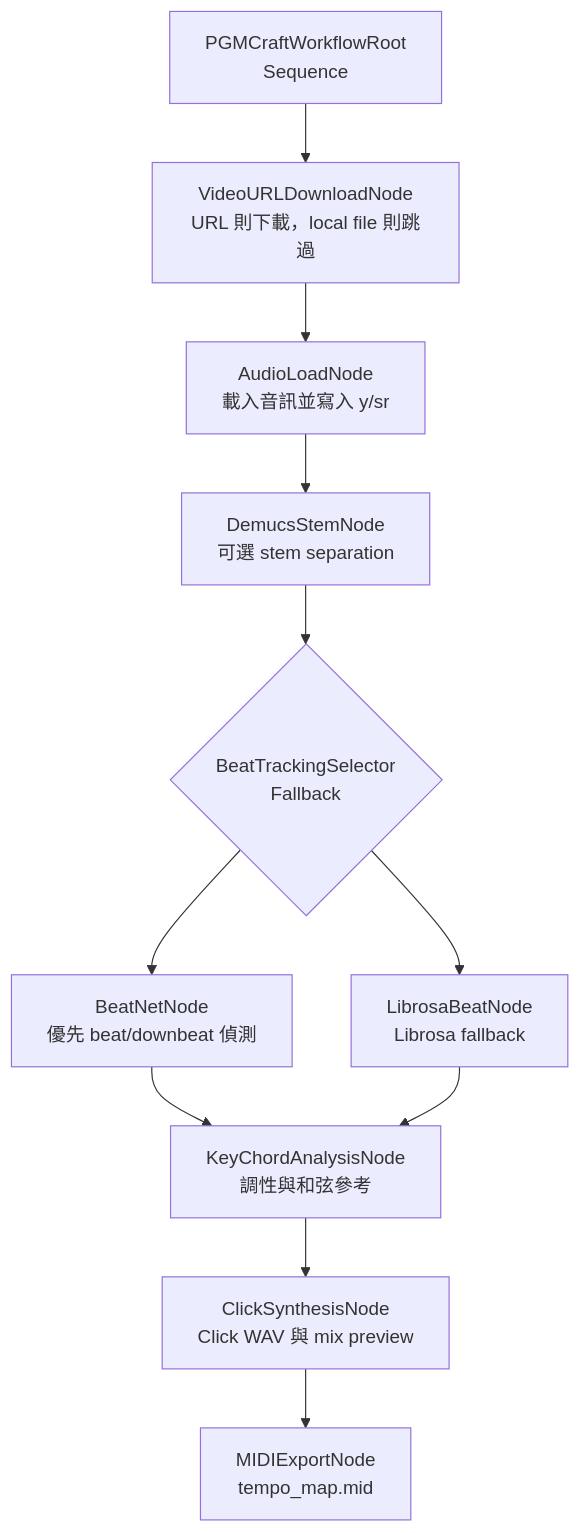
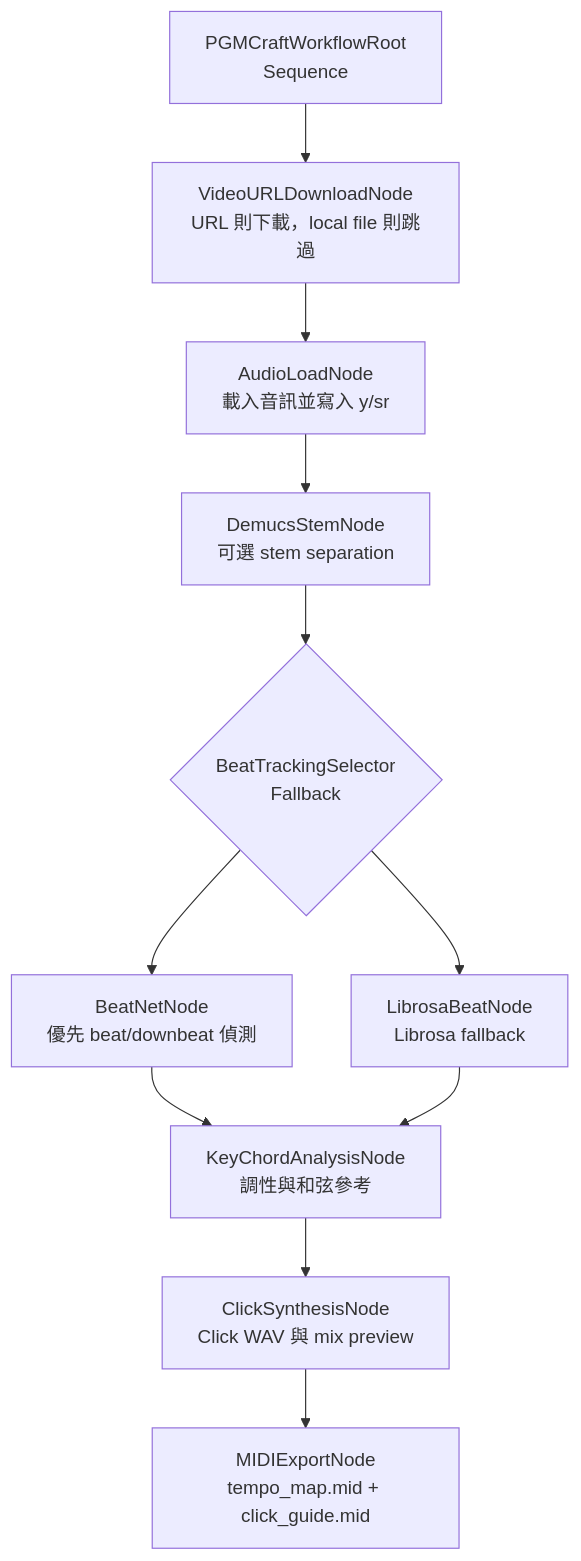
Before and after one commit to Chester930/pgmcraft-studio: the first of 2 diagrams in docs/BEHAVIOR-TREE.md, drawn with Mermaid. The commit also changed other lines of this file and 14 other files, not shown here.

````diff
--- a/docs/BEHAVIOR-TREE.md
+++ b/docs/BEHAVIOR-TREE.md
@@ -40,20 +40,20 @@
 ```mermaid
 flowchart TD
     Root["PGMCraftWorkflowRoot<br/>Sequence"]
     Download["VideoURLDownloadNode<br/>URL 則下載，local file 則跳過"]
     Load["AudioLoadNode<br/>載入音訊並寫入 y/sr"]
     Stem["DemucsStemNode<br/>可選 stem separation"]
     BeatFallback{"BeatTrackingSelector<br/>Fallback"}
     BeatNet["BeatNetNode<br/>優先 beat/downbeat 偵測"]
     Librosa["LibrosaBeatNode<br/>Librosa fallback"]
     KeyChord["KeyChordAnalysisNode<br/>調性與和弦參考"]
     Click["ClickSynthesisNode<br/>Click WAV 與 mix preview"]
-    Midi["MIDIExportNode<br/>tempo_map.mid"]
+    Midi["MIDIExportNode<br/>tempo_map.mid + click_guide.mid"]
 
     Root --> Download --> Load --> Stem --> BeatFallback
     BeatFallback --> BeatNet
     BeatFallback --> Librosa
     BeatNet --> KeyChord
     Librosa --> KeyChord
     KeyChord --> Click --> Midi
 ```
````
